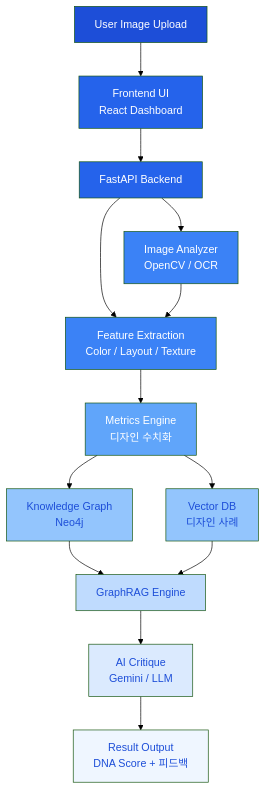
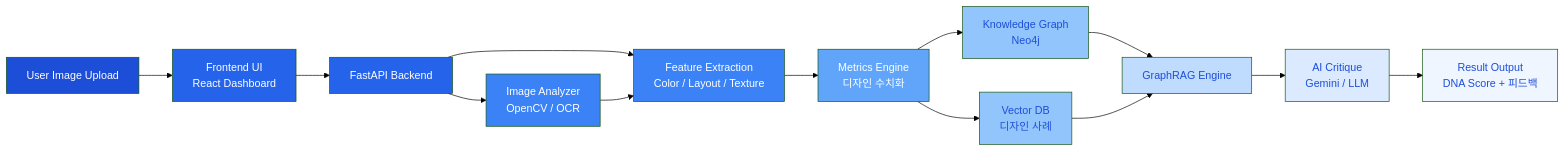
Before and after one commit to hoilycat/Mood-DNA-V2: the diagram in README.md, drawn with Mermaid (forest theme).

Commit message:
docs: use horizontal architecture diagram

````diff
--- a/README.md
+++ b/README.md
@@ -104,28 +104,28 @@
 ```mermaid
-graph TD
+graph LR
 
 A[User Image Upload] --> B[Frontend UI<br/>React Dashboard]
 B --> C[FastAPI Backend]
 C --> D[Image Analyzer<br/>OpenCV / OCR]
 C --> E[Feature Extraction<br/>Color / Layout / Texture]
 D --> E
 E --> F[Metrics Engine<br/>디자인 수치화]
 F --> G[Knowledge Graph<br/>Neo4j]
 F --> H[Vector DB<br/>디자인 사례]
 G --> I[GraphRAG Engine]
 H --> I
 I --> J[AI Critique<br/>Gemini / LLM]
 J --> K[Result Output<br/>DNA Score + 피드백]
 
 style A fill:#1d4ed8,color:#fff
 style B fill:#2563eb,color:#fff
 style C fill:#2563eb,color:#fff
 style D fill:#3b82f6,color:#fff
 style E fill:#3b82f6,color:#fff
 style F fill:#60a5fa,color:#fff
 style G fill:#93c5fd,color:#1d4ed8
 style H fill:#93c5fd,color:#1d4ed8
 style I fill:#bfdbfe,color:#1d4ed8
 style J fill:#dbeafe,color:#1d4ed8
 style K fill:#eff6ff,color:#1d4ed8
 ```
````
